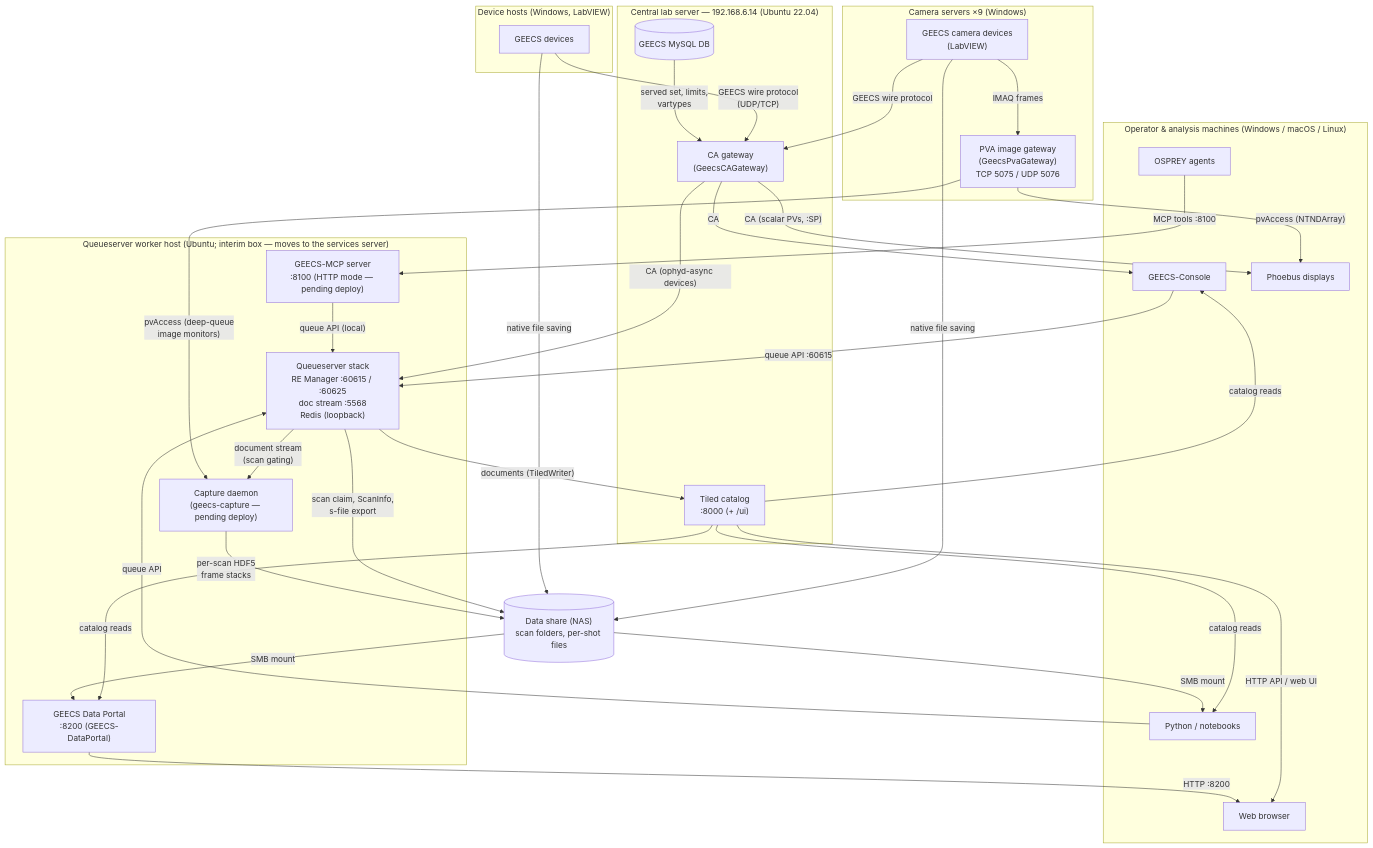
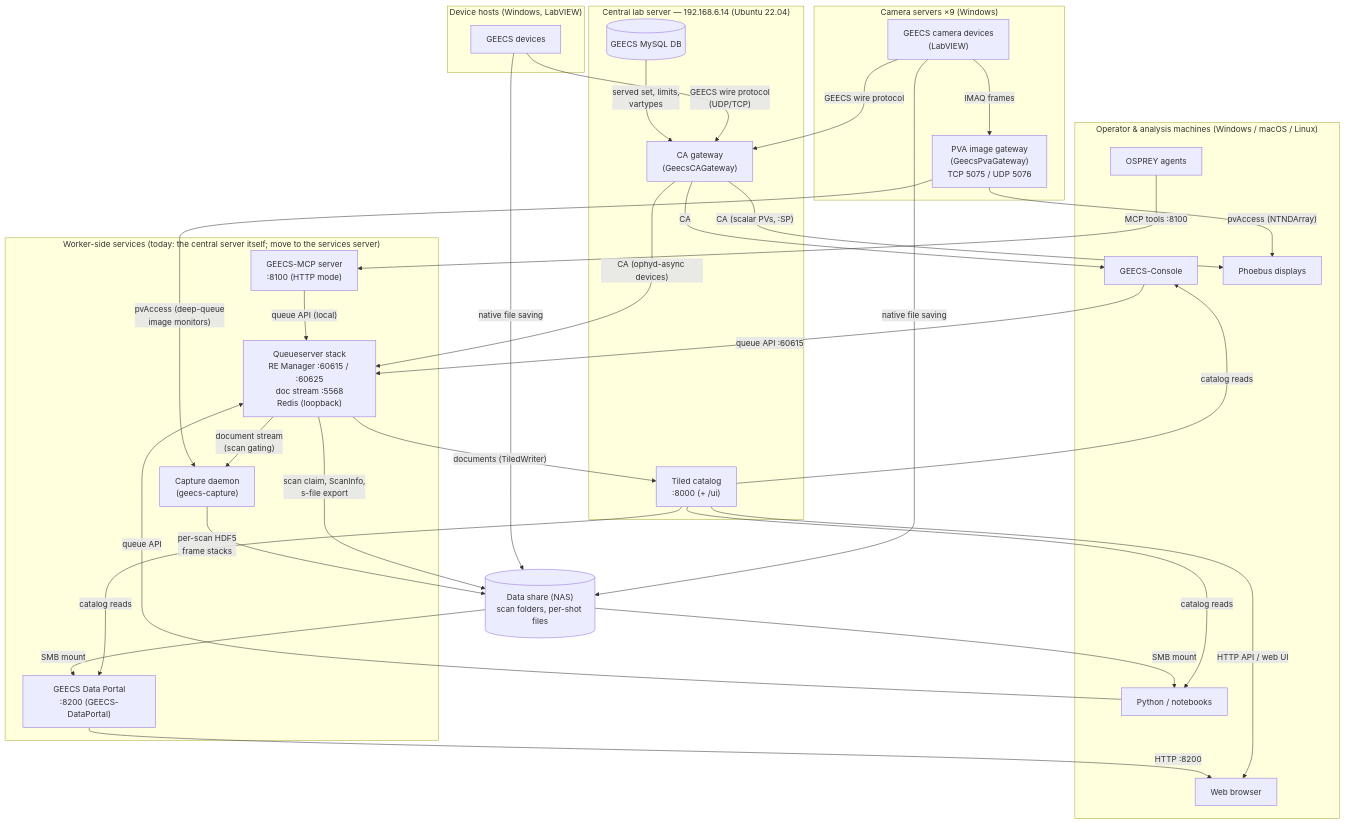
The diagram in docs/platform/fleet_map.md (GEECS-BELLA/GEECS-Plugins), drawn with Mermaid before and after one commit. The commit also changed other lines of this file, not shown here.

First line of the commit message:
Fleet map: the service table and diagram read the observed post-Phase-3 fleet

````diff
--- a/docs/platform/fleet_map.md
+++ b/docs/platform/fleet_map.md
@@ -30,65 +34,65 @@
 ```mermaid
 flowchart TB
     subgraph clients["Operator & analysis machines (Windows / macOS / Linux)"]
         console["GEECS-Console"]
         phoebus["Phoebus displays"]
         nb["Python / notebooks"]
         osprey["OSPREY agents"]
         browser["Web browser"]
     end
 
     subgraph central["Central lab server — 192.168.6.14 (Ubuntu 22.04)"]
         cagw["CA gateway<br/>(GeecsCAGateway)"]
         tiled["Tiled catalog<br/>:8000 (+ /ui)"]
         db[("GEECS MySQL DB")]
     end
 
-    subgraph worker["Queueserver worker host (Ubuntu; interim box — moves to the services server)"]
+    subgraph worker["Worker-side services (today: the central server itself; move to the services server)"]
         qs["Queueserver stack<br/>RE Manager :60615 / :60625<br/>doc stream :5568<br/>Redis (loopback)"]
-        mcp["GEECS-MCP server<br/>:8100 (HTTP mode — pending deploy)"]
-        capture["Capture daemon<br/>(geecs-capture — pending deploy)"]
+        mcp["GEECS-MCP server<br/>:8100 (HTTP mode)"]
+        capture["Capture daemon<br/>(geecs-capture)"]
         portal["GEECS Data Portal<br/>:8200 (GEECS-DataPortal)"]
     end
 
     subgraph camsrv["Camera servers ×9 (Windows)"]
         cams["GEECS camera devices<br/>(LabVIEW)"]
         pvagw["PVA image gateway<br/>(GeecsPvaGateway)<br/>TCP 5075 / UDP 5076"]
     end
 
     subgraph devhosts["Device hosts (Windows, LabVIEW)"]
         devs["GEECS devices"]
     end
 
     nas[("Data share (NAS)<br/>scan folders, per-shot files")]
 
     devs -- "GEECS wire protocol<br/>(UDP/TCP)" --> cagw
     cams -- "GEECS wire protocol" --> cagw
     cams -- "IMAQ frames" --> pvagw
     db -- "served set, limits,<br/>vartypes" --> cagw
 
     cagw -- "CA (scalar PVs, :SP)" --> phoebus
     cagw -- "CA" --> console
     cagw -- "CA (ophyd-async devices)" --> qs
     pvagw -- "pvAccess (NTNDArray)" --> phoebus
 
     console -- "queue API :60615" --> qs
     nb -- "queue API" --> qs
     osprey -- "MCP tools :8100" --> mcp
     mcp -- "queue API (local)" --> qs
 
     qs -- "documents (TiledWriter)" --> tiled
     qs -- "scan claim, ScanInfo,<br/>s-file export" --> nas
     qs -- "document stream<br/>(scan gating)" --> capture
     pvagw -- "pvAccess (deep-queue<br/>image monitors)" --> capture
     capture -- "per-scan HDF5<br/>frame stacks" --> nas
     cams -- "native file saving" --> nas
     devs -- "native file saving" --> nas
 
     tiled -- "HTTP API / web UI" --> browser
     tiled -- "catalog reads" --> console
     tiled -- "catalog reads" --> nb
     tiled -- "catalog reads" --> portal
     nas -- "SMB mount" --> portal
     portal -- "HTTP :8200" --> browser
     nas -- "SMB mount" --> nb
 ```
````
